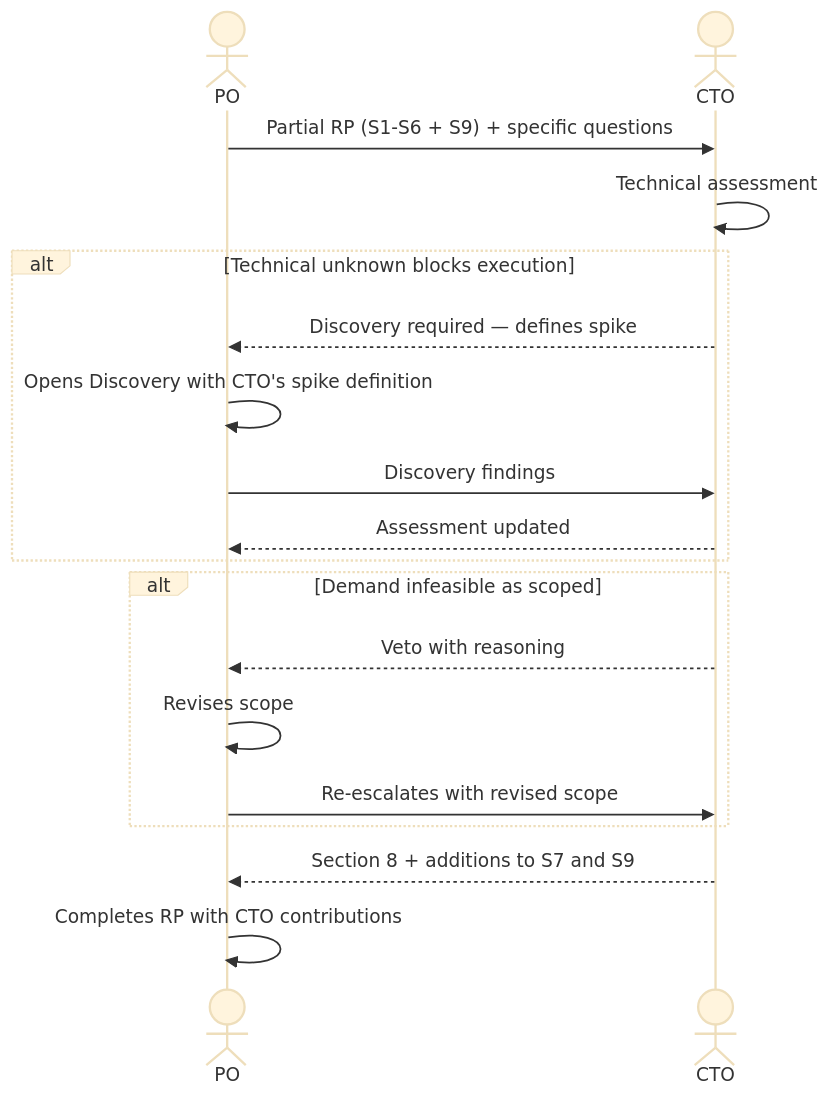
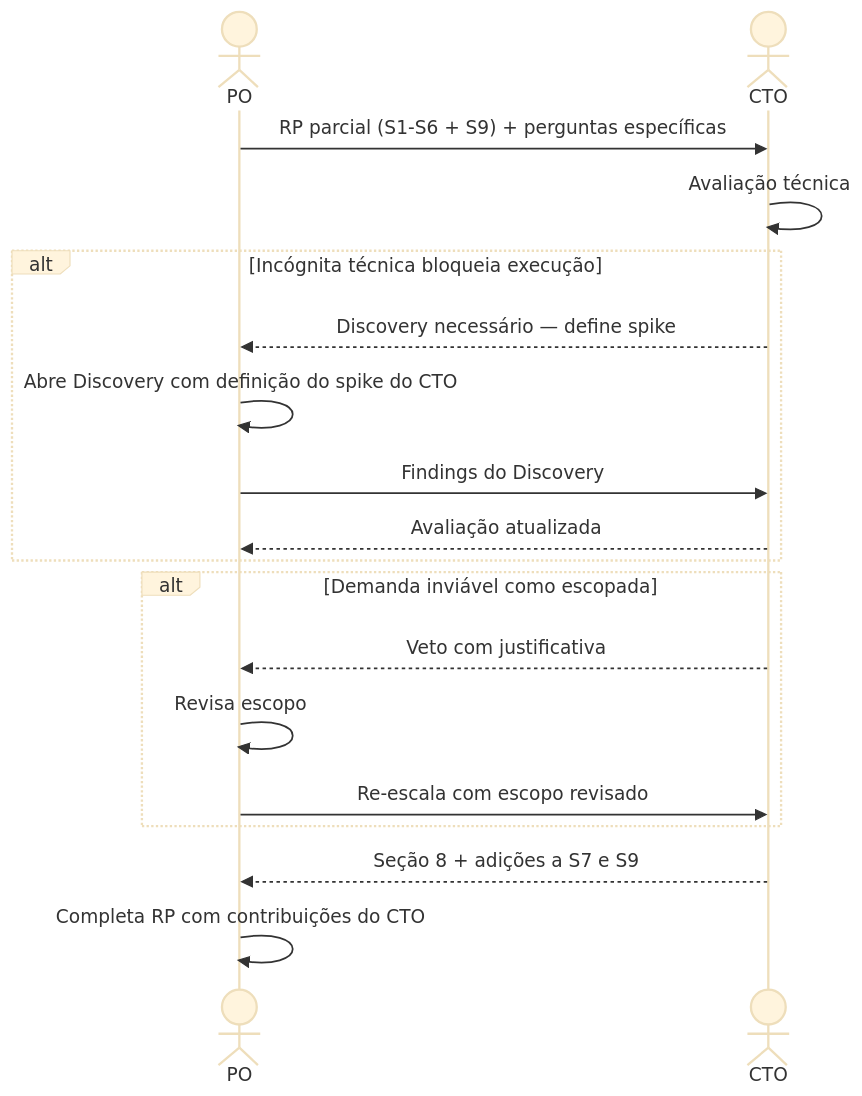
Before and after one commit to hugo-hsbtech/teamwork-process: the diagram in interactions/05-po-to-cto.md, drawn with Mermaid (base theme). The commit also changed other lines of this file and 64 other files, not shown here.

````diff
--- a/interactions/05-po-to-cto.md
+++ b/interactions/05-po-to-cto.md
@@ -68,24 +68,24 @@
 ```mermaid
 sequenceDiagram
     actor PO as PO
     actor CTO as CTO
 
-    PO->>CTO: Partial RP (S1-S6 + S9) + specific questions
-    CTO->>CTO: Technical assessment
+    PO->>CTO: RP parcial (S1-S6 + S9) + perguntas específicas
+    CTO->>CTO: Avaliação técnica
 
-    alt Technical unknown blocks execution
-        CTO-->>PO: Discovery required — defines spike
-        PO->>PO: Opens Discovery with CTO's spike definition
-        PO->>CTO: Discovery findings
-        CTO-->>PO: Assessment updated
+    alt Incógnita técnica bloqueia execução
+        CTO-->>PO: Discovery necessário — define spike
+        PO->>PO: Abre Discovery com definição do spike do CTO
+        PO->>CTO: Findings do Discovery
+        CTO-->>PO: Avaliação atualizada
     end
 
-    alt Demand infeasible as scoped
-        CTO-->>PO: Veto with reasoning
-        PO->>PO: Revises scope
-        PO->>CTO: Re-escalates with revised scope
+    alt Demanda inviável como escopada
+        CTO-->>PO: Veto com justificativa
+        PO->>PO: Revisa escopo
+        PO->>CTO: Re-escala com escopo revisado
     end
 
-    CTO-->>PO: Section 8 + additions to S7 and S9
-    PO->>PO: Completes RP with CTO contributions
+    CTO-->>PO: Seção 8 + adições a S7 e S9
+    PO->>PO: Completa RP com contribuições do CTO
 ```
````
